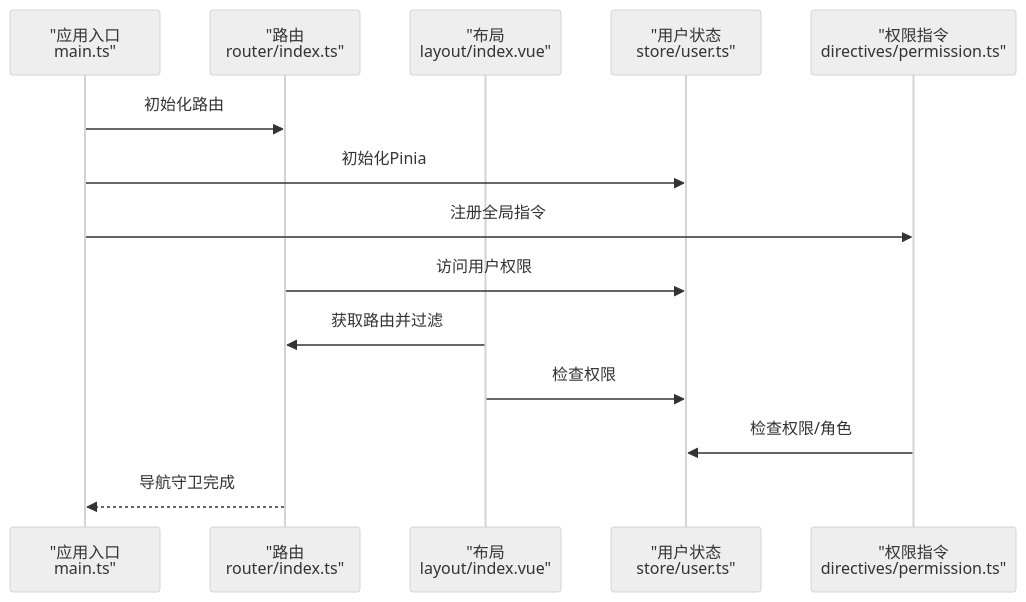
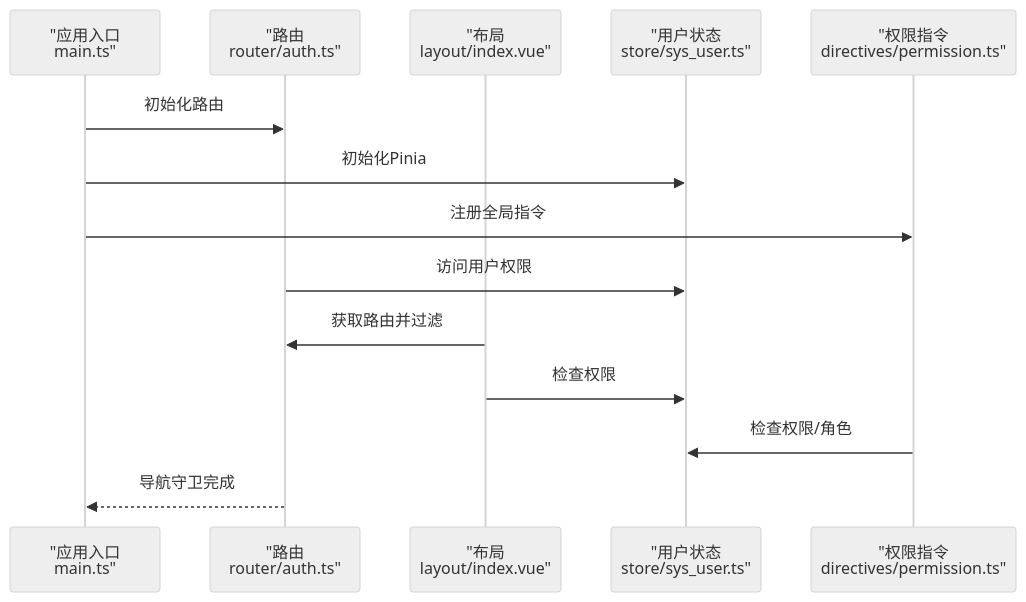
One commit to qiseyun/vue-ts-admin changed the second of 6 diagrams in .qoder/repowiki/zh/content/系统管理模块/菜单管理.md. Above: the diagram before and after it, drawn with Mermaid (neutral theme). The commit also changed other lines of this file and 42 other files, not shown here.

````diff
--- a/.qoder/repowiki/zh/content/系统管理模块/菜单管理.md
+++ b/.qoder/repowiki/zh/content/系统管理模块/菜单管理.md
@@ -121,16 +121,16 @@
 ```mermaid
 sequenceDiagram
 participant App as "应用入口<br/>main.ts"
-participant Router as "路由<br/>router/index.ts"
+participant Router as "路由<br/>router/auth.ts"
 participant Layout as "布局<br/>layout/index.vue"
-participant Store as "用户状态<br/>store/user.ts"
+participant Store as "用户状态<br/>store/sys_user.ts"
 participant Perm as "权限指令<br/>directives/permission.ts"
 App->>Router : 初始化路由
 App->>Store : 初始化Pinia
 App->>Perm : 注册全局指令
 Router->>Store : 访问用户权限
 Layout->>Router : 获取路由并过滤
 Layout->>Store : 检查权限
 Perm->>Store : 检查权限/角色
 Router-->>App : 导航守卫完成
 ```
````
